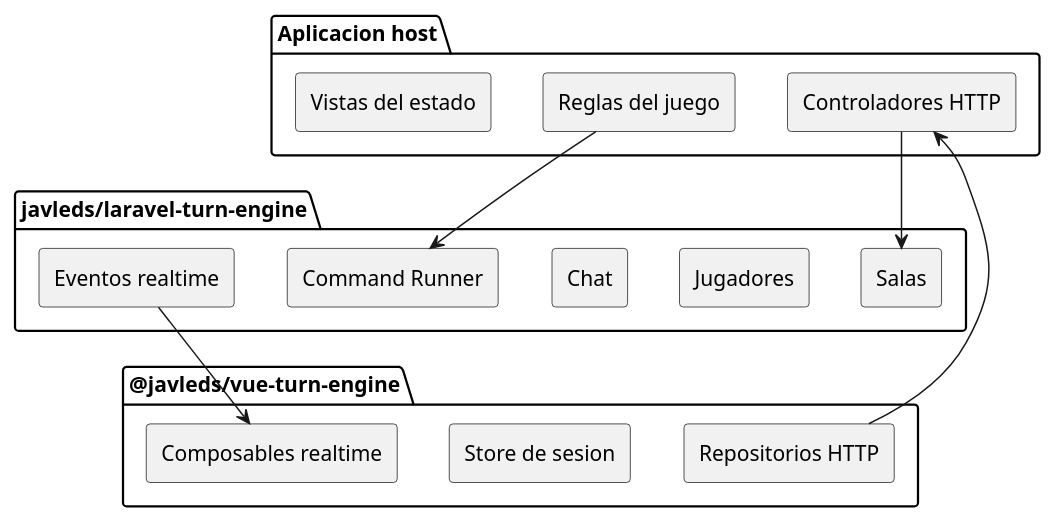
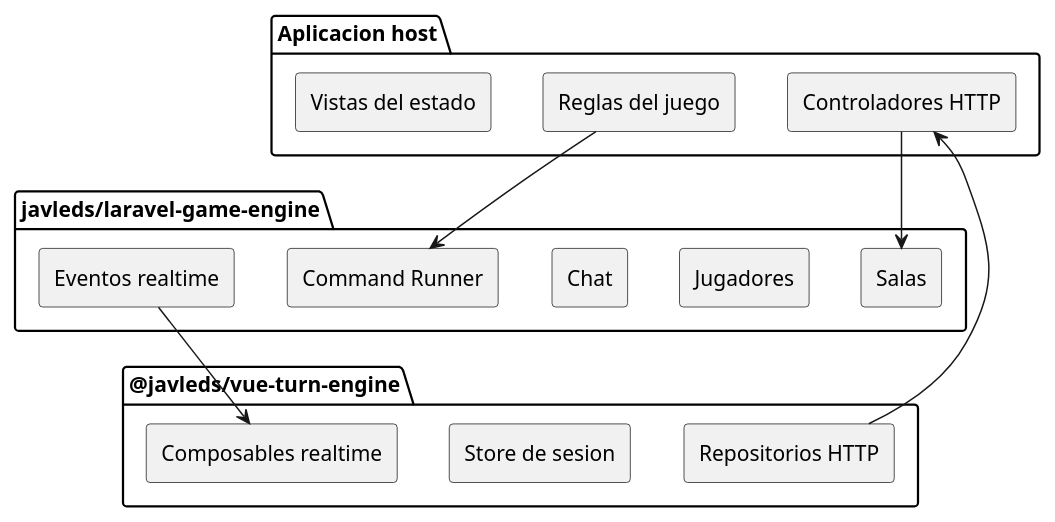
One commit to javleds/laravel-game-engine changed the diagram in README.es.md. Above: the diagram before and after it, drawn with PlantUML. The commit also changed other lines of this file and 2 other files, not shown here.

Commit message:
build: rename composer package to laravel game engine

````diff
--- a/README.es.md
+++ b/README.es.md
@@ -20,30 +20,30 @@
 ```plantuml
 @startuml
 skinparam componentStyle rectangle
 
 package "Aplicacion host" {
   [Reglas del juego]
   [Controladores HTTP]
   [Vistas del estado]
 }
 
-package "javleds/laravel-turn-engine" {
+package "javleds/laravel-game-engine" {
   [Salas]
   [Jugadores]
   [Chat]
   [Command Runner]
   [Eventos realtime]
 }
 
 package "@javleds/vue-turn-engine" {
   [Repositorios HTTP]
   [Store de sesion]
   [Composables realtime]
 }
 
 [Reglas del juego] --> [Command Runner]
 [Controladores HTTP] --> [Salas]
 [Eventos realtime] --> [Composables realtime]
 [Repositorios HTTP] --> [Controladores HTTP]
 @enduml
 ```
````
